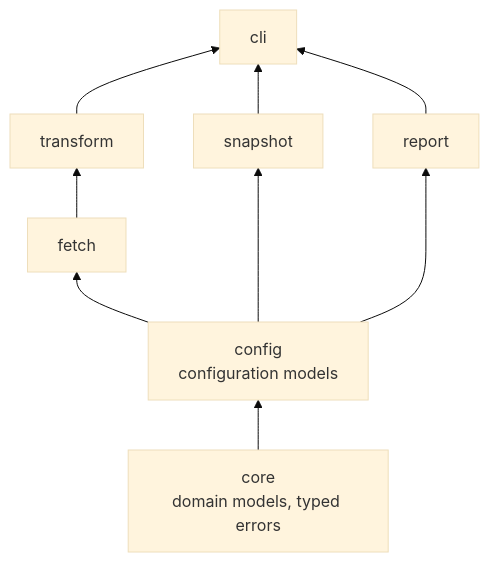
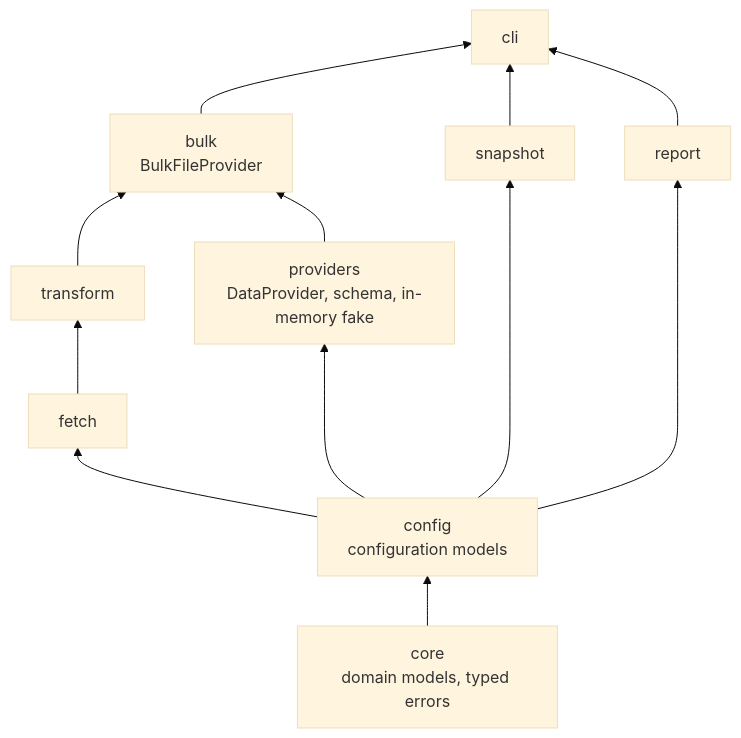
Before and after one commit to andrea-dm/policy-rate-monitor: the second of 2 diagrams in README.md, drawn with Mermaid (base theme). The commit also changed other lines of this file and 7 other files, not shown here.

````diff
--- a/README.md
+++ b/README.md
@@ -111,19 +111,24 @@
 ```mermaid
 flowchart BT
     core["core<br/>domain models, typed errors"]
     config["config<br/>configuration models"]
     fetch["fetch"]
     transform["transform"]
+    providers["providers<br/>DataProvider, schema, in-memory fake"]
+    bulk["bulk<br/>BulkFileProvider"]
     snapshot["snapshot"]
     report["report"]
     cli["cli"]
 
     core --> config
     config --> fetch
+    config --> providers
     fetch --> transform
+    transform --> bulk
+    providers --> bulk
     config --> snapshot
     config --> report
-    transform --> cli
+    bulk --> cli
     snapshot --> cli
     report --> cli
 ```
````
